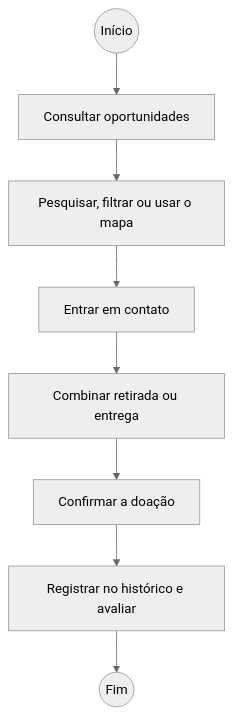
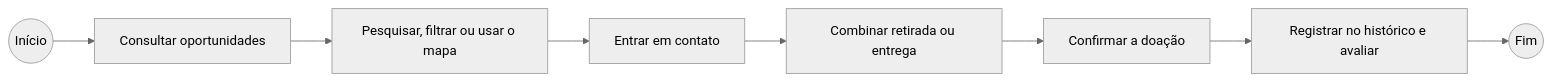
Before and after one commit to diergu/MovApplicationProject-Template: the second of 3 diagrams in docs/02-Especificação do Projeto.md, drawn with Mermaid (neutral theme). The commit also changed other lines of this file, not shown here.

Commit message:
docs: exibe os processos na horizontal
Ajusta a orientação visual dos fluxogramas.

````diff
--- a/docs/02-Especificação do Projeto.md
+++ b/docs/02-Especificação do Projeto.md
@@ -61,10 +61,10 @@
 ```mermaid
-flowchart TD
+flowchart LR
     inicio2((Início)) --> consultar[Consultar oportunidades]
     consultar --> pesquisar[Pesquisar, filtrar ou usar o mapa]
     pesquisar --> contato[Entrar em contato]
     contato --> combinar[Combinar retirada ou entrega]
     combinar --> confirmar[Confirmar a doação]
     confirmar --> historico[Registrar no histórico e avaliar]
     historico --> fim2((Fim))
 ```
````
